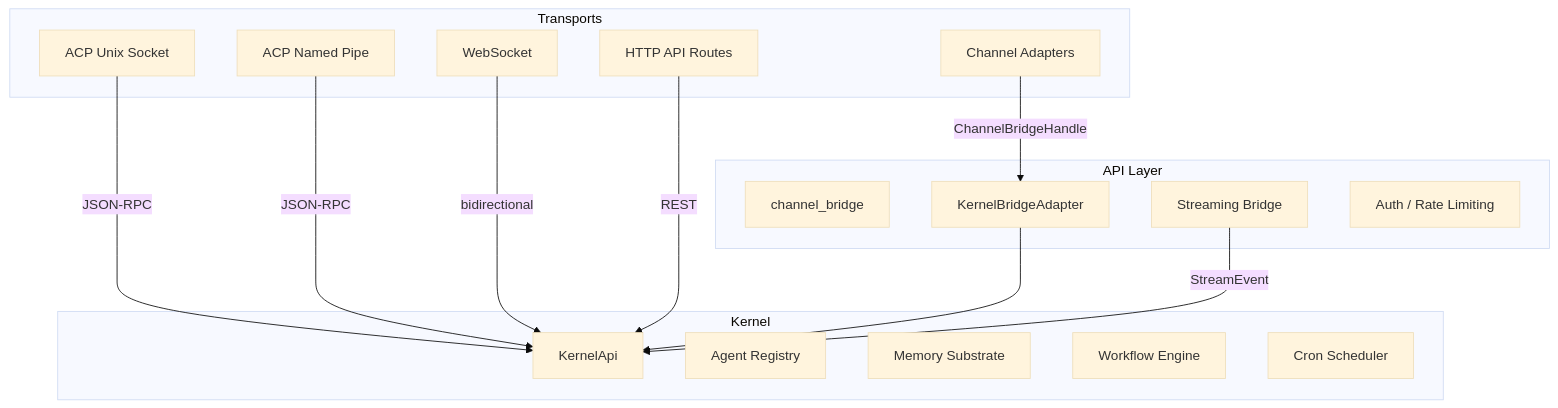
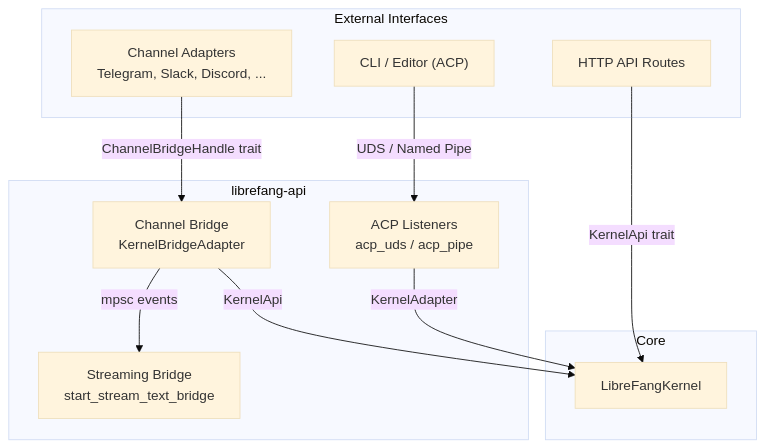
One commit to leszek3737/librefang-WIki changed the diagram in api-server.md. Above: the diagram before and after it, drawn with Mermaid (base theme). The commit also changed other lines of this file and 70 other files, not shown here.

````diff
--- a/api-server.md
+++ b/api-server.md
@@ -9,33 +9,25 @@
 ```mermaid
 graph TD
-    subgraph Transports
-        UDS[ACP Unix Socket]
-        PIPE[ACP Named Pipe]
-        WS[WebSocket]
-        HTTP[HTTP API Routes]
-        CH[Channel Adapters]
+    subgraph "External Interfaces"
+        CLI["CLI / Editor (ACP)"]
+        CH["Channel Adapters<br/>Telegram, Slack, Discord, ..."]
+        HTTP["HTTP API Routes"]
     end
 
-    subgraph API Layer
-        CB[channel_bridge]
-        BR[KernelBridgeAdapter]
-        SL[Streaming Bridge]
-        AUTH[Auth / Rate Limiting]
+    subgraph "librefang-api"
+        ACP["ACP Listeners<br/>acp_uds / acp_pipe"]
+        BRIDGE["Channel Bridge<br/>KernelBridgeAdapter"]
+        STREAM["Streaming Bridge<br/>start_stream_text_bridge"]
     end
 
-    subgraph Kernel
-        KAPI[KernelApi]
-        REG[Agent Registry]
-        MEM[Memory Substrate]
-        WF[Workflow Engine]
-        CRON[Cron Scheduler]
+    subgraph "Core"
+        KERNEL["LibreFangKernel"]
     end
 
-    UDS -->|JSON-RPC| KAPI
-    PIPE -->|JSON-RPC| KAPI
-    WS -->|bidirectional| KAPI
-    HTTP -->|REST| KAPI
-    CH -->|ChannelBridgeHandle| BR
-    BR --> KAPI
-    SL -->|StreamEvent| KAPI
+    CLI -->|UDS / Named Pipe| ACP
+    CH -->|ChannelBridgeHandle trait| BRIDGE
+    HTTP -->|KernelApi trait| KERNEL
+    ACP -->|KernelAdapter| KERNEL
+    BRIDGE -->|KernelApi| KERNEL
+    BRIDGE -->|mpsc events| STREAM
 ```
````
